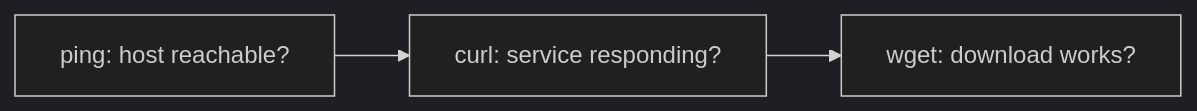
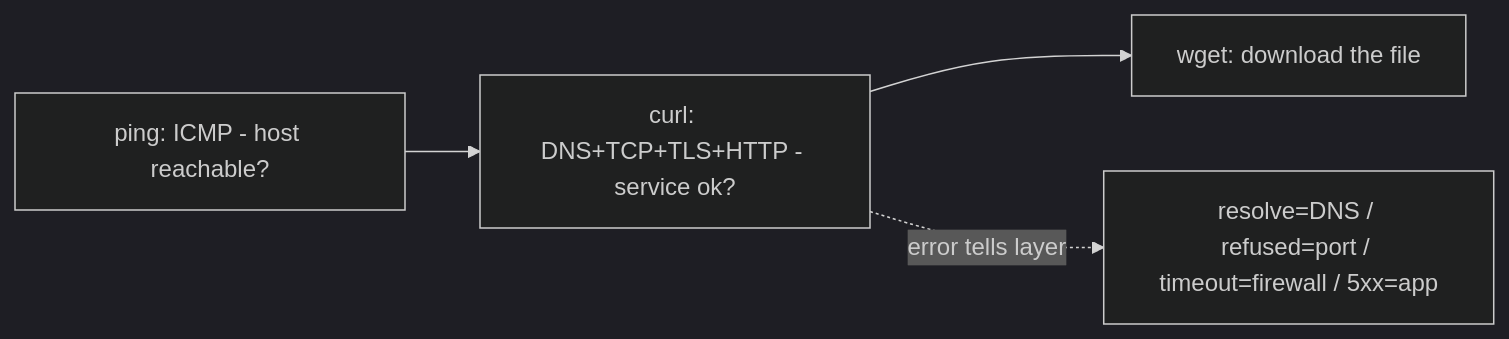
The diagram in 07-networking-basics/ping-curl-wget.md (cloud-prakhar/learning-linux), drawn with Mermaid (dark theme) before and after one commit. The commit also changed other lines of this file and 69 other files, not shown here.

````diff
--- a/07-networking-basics/ping-curl-wget.md
+++ b/07-networking-basics/ping-curl-wget.md
@@ -33,5 +39,6 @@
 ```mermaid
 flowchart LR
-    Ping[ping: host reachable?] --> Curl[curl: service responding?]
-    Curl --> Wget[wget: download works?]
+    Ping[ping: ICMP - host reachable?] --> Curl[curl: DNS+TCP+TLS+HTTP - service ok?]
+    Curl --> Wget[wget: download the file]
+    Curl -.error tells layer.-> L[resolve=DNS / refused=port / timeout=firewall / 5xx=app]
 ```
````
